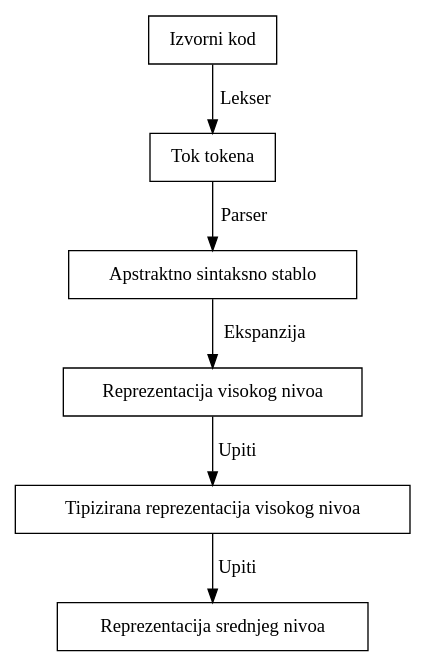
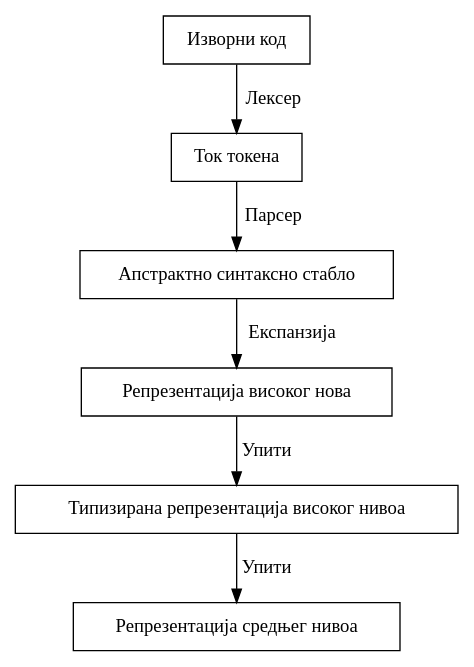
One commit to AleksaBajat/rust_compiler_msc_thesis changed the diagram in assets/graphs/compilation.dot. Above: the diagram before and after it, drawn with Graphviz. The commit also changed 3 other files, not shown here.

```diff
--- a/assets/graphs/compilation.dot
+++ b/assets/graphs/compilation.dot
@@ -1,41 +1,41 @@
 digraph {
     node[shape = record]
 
 
     sourceCode[
-        label = "Izvorni kod"
+        label = "Изворни код"
     ]
     tokenStream[
-        label = "Tok tokena"
+        label = "Ток токена"
     ]
     ast[
-        label = "Apstraktno sintaksno stablo"
+        label = "Апстрактно синтаксно стабло"
     ]
     hir[
-        label = "Reprezentacija visokog nivoa"
+        label = "Репрезентација високог нова"
     ]
     thir[
-        label = "Tipizirana reprezentacija visokog nivoa"
+        label = "Типизирана репрезентација високог нивоа"
     ]
     mir[
-        label = "Reprezentacija srednjeg nivoa"
+        label = "Репрезентација средњег нивоа"
     ]
 
     sourceCode->tokenStream[
-        label = "Lekser"
+        label = "Лексер"
     ]
 
     tokenStream->ast[
-        label = "Parser"
+        label = "Парсер"
     ]
 
     ast->hir[
-        label = "Ekspanzija"
+        label = "Експанзија"
     ]
     hir->thir[
-        label = "Upiti"
+        label = "Упити"
     ]
     thir->mir[
-        label = "Upiti"
+        label = "Упити"
     ]
 }
```
